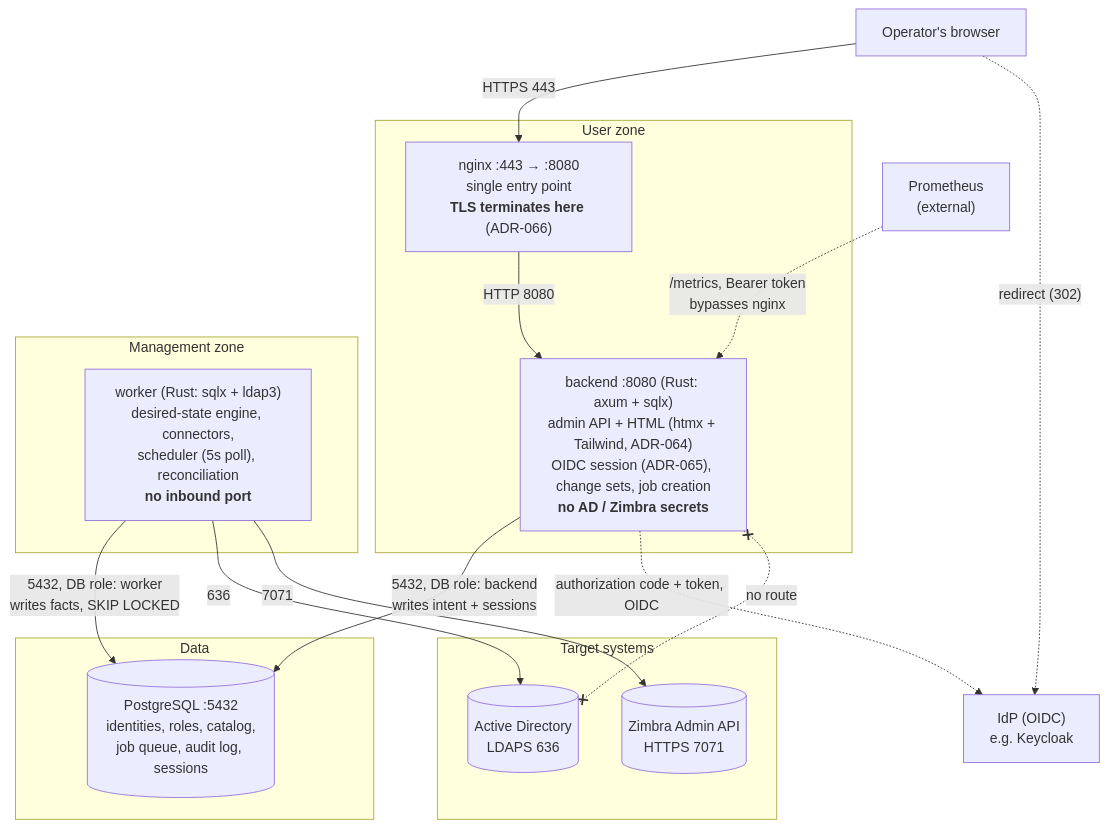
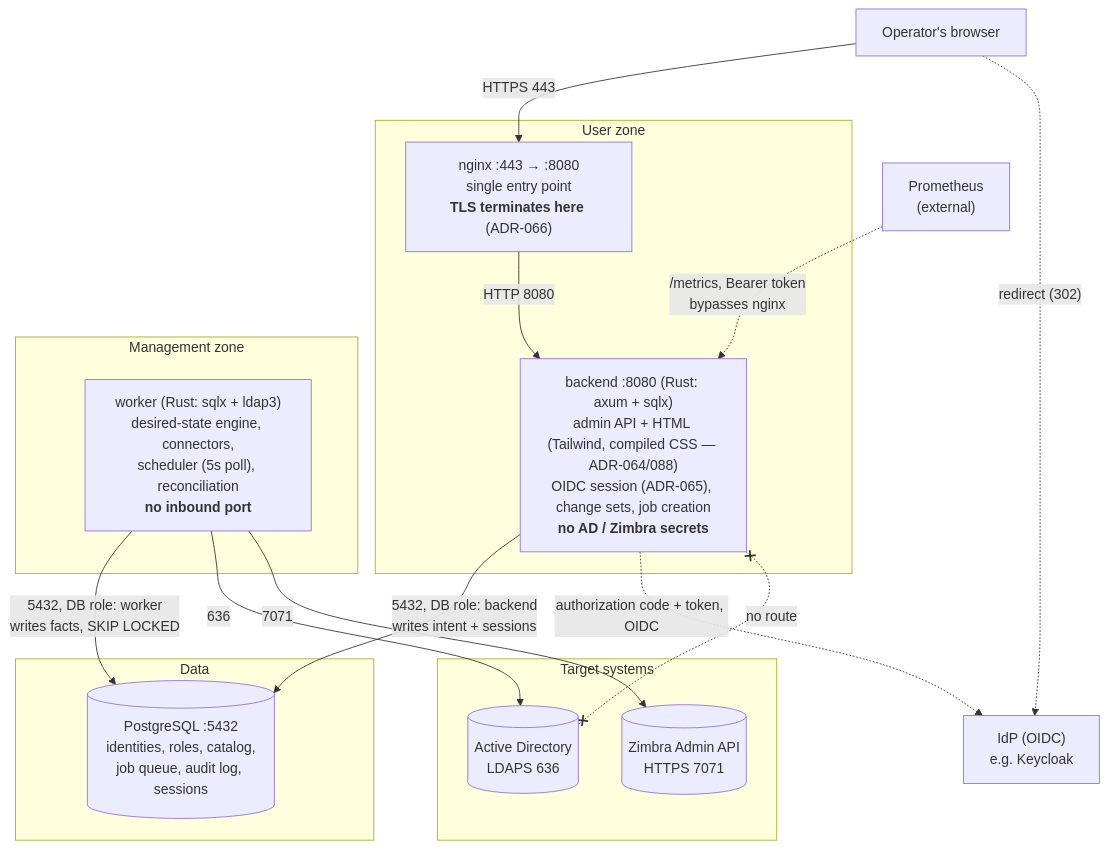
Before and after one commit to murat-akpinar/OpenSicil: the second of 5 diagrams in README_ENG.md, drawn with Mermaid. The commit also changed other lines of this file and 37 other files, not shown here.

Commit message:
feat: arayüz kabuğu — derlenmiş Tailwind CSS, Catppuccin teması, self-host font (ADR-088)

````diff
--- a/README_ENG.md
+++ b/README_ENG.md
@@ -57,34 +57,34 @@
 ```mermaid
 flowchart TB
     op["Operator's browser"]
     idp["IdP (OIDC)<br/>e.g. Keycloak"]
     prom["Prometheus<br/>(external)"]
 
     subgraph user_zone["User zone"]
         nginx["nginx :443 → :8080<br/>single entry point<br/><b>TLS terminates here</b> (ADR-066)"]
-        backend["backend :8080 (Rust: axum + sqlx)<br/>admin API + HTML (htmx + Tailwind, ADR-064)<br/>OIDC session (ADR-065), change sets, job creation<br/><b>no AD / Zimbra secrets</b>"]
+        backend["backend :8080 (Rust: axum + sqlx)<br/>admin API + HTML (Tailwind, compiled CSS — ADR-064/088)<br/>OIDC session (ADR-065), change sets, job creation<br/><b>no AD / Zimbra secrets</b>"]
     end
 
     subgraph data["Data"]
         db[("PostgreSQL :5432<br/>identities, roles, catalog,<br/>job queue, audit log, sessions")]
     end
 
     subgraph mgmt_zone["Management zone"]
         worker["worker (Rust: sqlx + ldap3)<br/>desired-state engine, connectors,<br/>scheduler (5s poll), reconciliation<br/><b>no inbound port</b>"]
     end
 
     subgraph targets["Target systems"]
         ad[("Active Directory<br/>LDAPS 636")]
         zimbra[("Zimbra Admin API<br/>HTTPS 7071")]
     end
 
     op -->|"HTTPS 443"| nginx -->|"HTTP 8080"| backend
     op -.->|"redirect (302)"| idp
     backend -->|"5432, DB role: backend<br/>writes intent + sessions"| db
     backend -.->|"authorization code + token, OIDC"| idp
     worker -->|"5432, DB role: worker<br/>writes facts, SKIP LOCKED"| db
     worker -->|"636"| ad
     worker -->|"7071"| zimbra
     prom -.->|"/metrics, Bearer token<br/>bypasses nginx"| backend
     backend x-.-x|"no route"| ad
 ```
````
